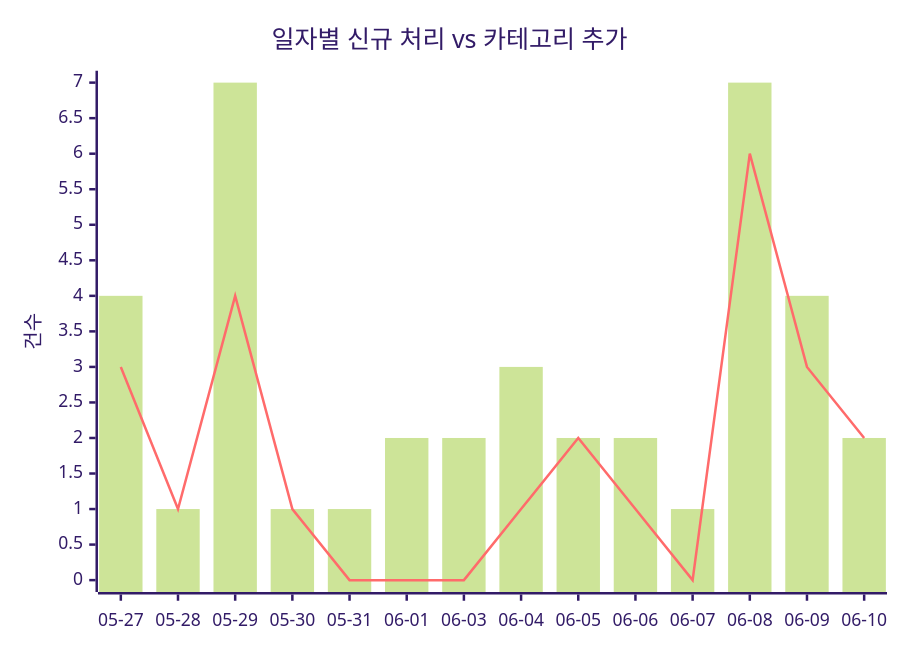
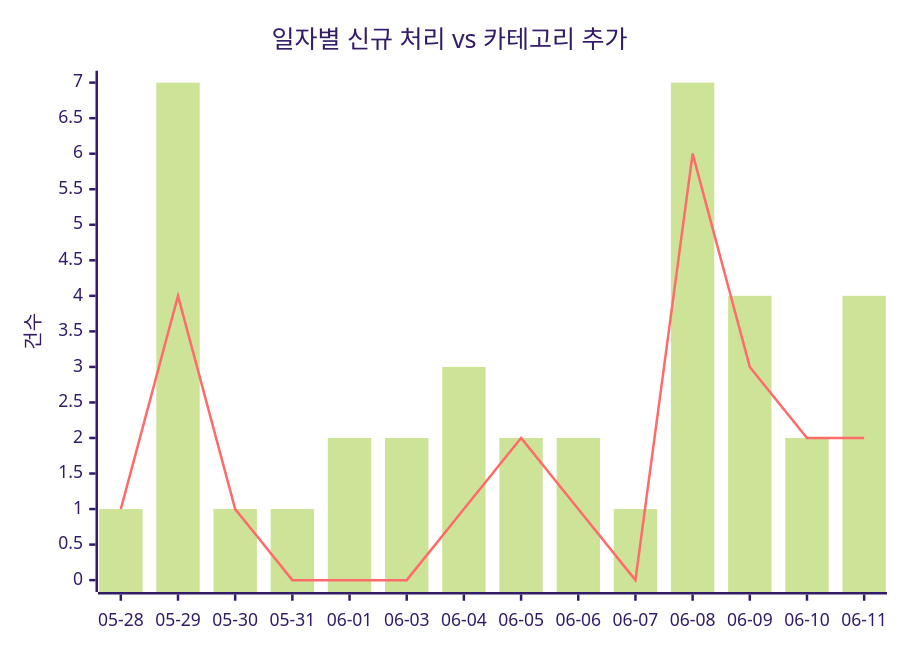
One commit to J-nowcow/awesome-korean-agent-skills changed the first of 2 diagrams in docs/trends.md. Above: the diagram before and after it, drawn with Mermaid (forest theme). The commit also changed other lines of this file and 5 other files, not shown here.

````diff
--- a/docs/trends.md
+++ b/docs/trends.md
@@ -32,8 +32,8 @@
 ```mermaid
 xychart-beta
     title "일자별 신규 처리 vs 카테고리 추가"
-    x-axis ["05-27","05-28","05-29","05-30","05-31","06-01","06-03","06-04","06-05","06-06","06-07","06-08","06-09","06-10"]
+    x-axis ["05-28","05-29","05-30","05-31","06-01","06-03","06-04","06-05","06-06","06-07","06-08","06-09","06-10","06-11"]
     y-axis "건수"
-    bar [4,1,7,1,1,2,2,3,2,2,1,7,4,2]
-    line [3,1,4,1,0,0,0,1,2,1,0,6,3,2]
+    bar [1,7,1,1,2,2,3,2,2,1,7,4,2,4]
+    line [1,4,1,0,0,0,1,2,1,0,6,3,2,2]
 ```
````
